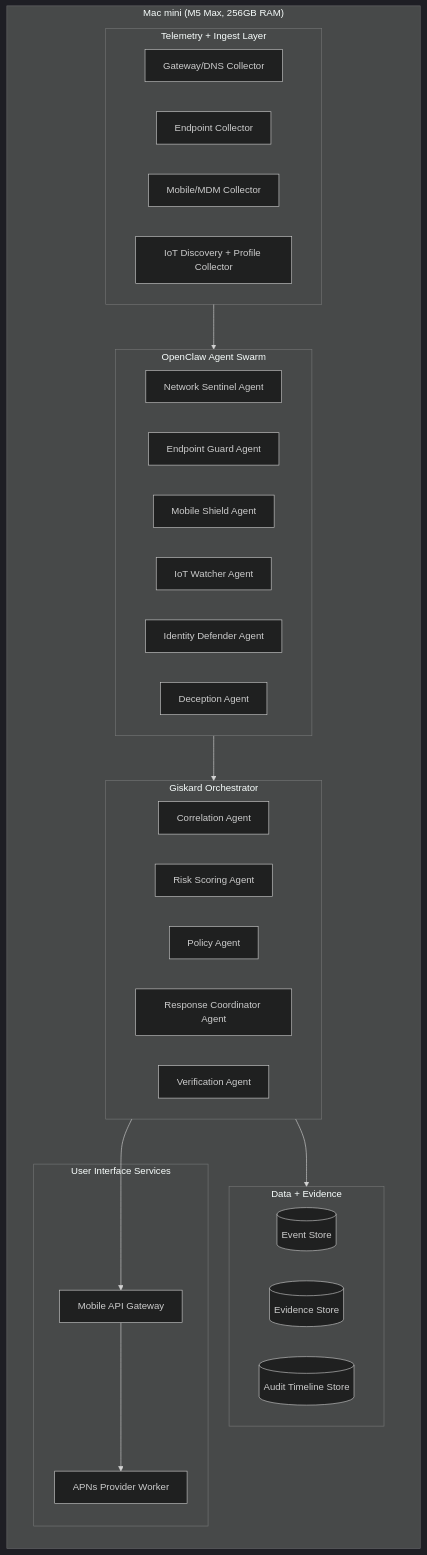
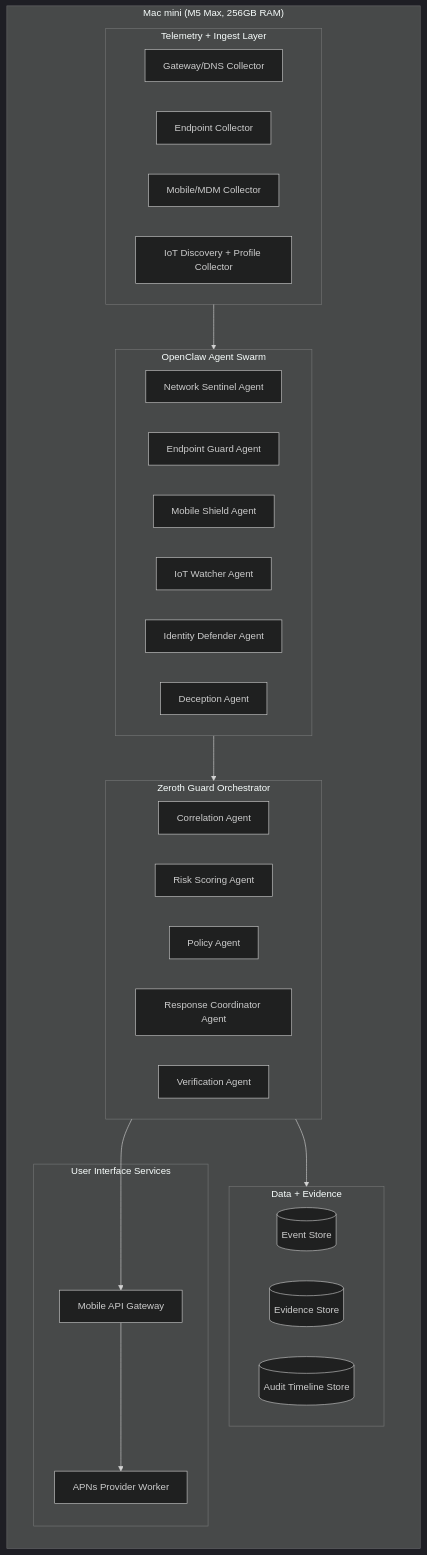
Before and after one commit to ericrkern/giskard: the second of 2 diagrams in docs/hardware.md, drawn with Mermaid (dark theme). The commit also changed other lines of this file and 35 other files, not shown here.

First line of the commit message:
Rebrand to Zeroth Guard; add swarm agents, OpenClaw tools/skills, Asimov background doc

````diff
--- a/docs/hardware.md
+++ b/docs/hardware.md
@@ -47,44 +61,44 @@
 ```mermaid
 flowchart TB
     subgraph MM["Mac mini (M5 Max, 256GB RAM)"]
       direction TB
 
       subgraph Ingest["Telemetry + Ingest Layer"]
         GW[Gateway/DNS Collector]
         EP[Endpoint Collector]
         MOB[Mobile/MDM Collector]
         IOT[IoT Discovery + Profile Collector]
       end
 
       subgraph Swarm["OpenClaw Agent Swarm"]
         N1[Network Sentinel Agent]
         N2[Endpoint Guard Agent]
         N3[Mobile Shield Agent]
         N4[IoT Watcher Agent]
         N5[Identity Defender Agent]
         N6[Deception Agent]
       end
 
-      subgraph Orchestrator["Giskard Orchestrator"]
+      subgraph Orchestrator["Zeroth Guard Orchestrator"]
         C1[Correlation Agent]
         C2[Risk Scoring Agent]
         C3[Policy Agent]
         C4[Response Coordinator Agent]
         C5[Verification Agent]
       end
 
       subgraph Data["Data + Evidence"]
         DB[(Event Store)]
         EV[(Evidence Store)]
         AU[(Audit Timeline Store)]
       end
 
       subgraph UX["User Interface Services"]
         API[Mobile API Gateway]
         PUSH[APNs Provider Worker]
       end
 
       Ingest --> Swarm --> Orchestrator --> Data
       Orchestrator --> API --> PUSH
     end
 ```
````
